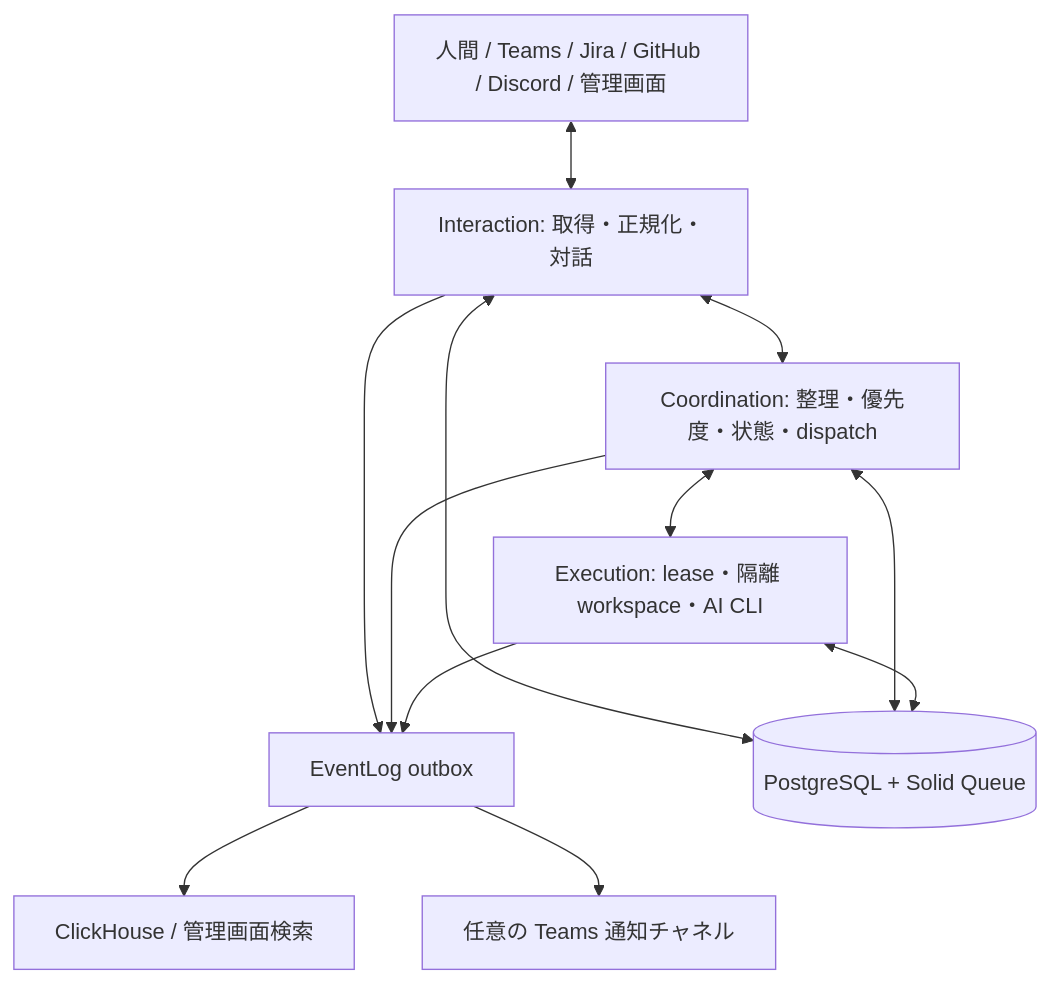
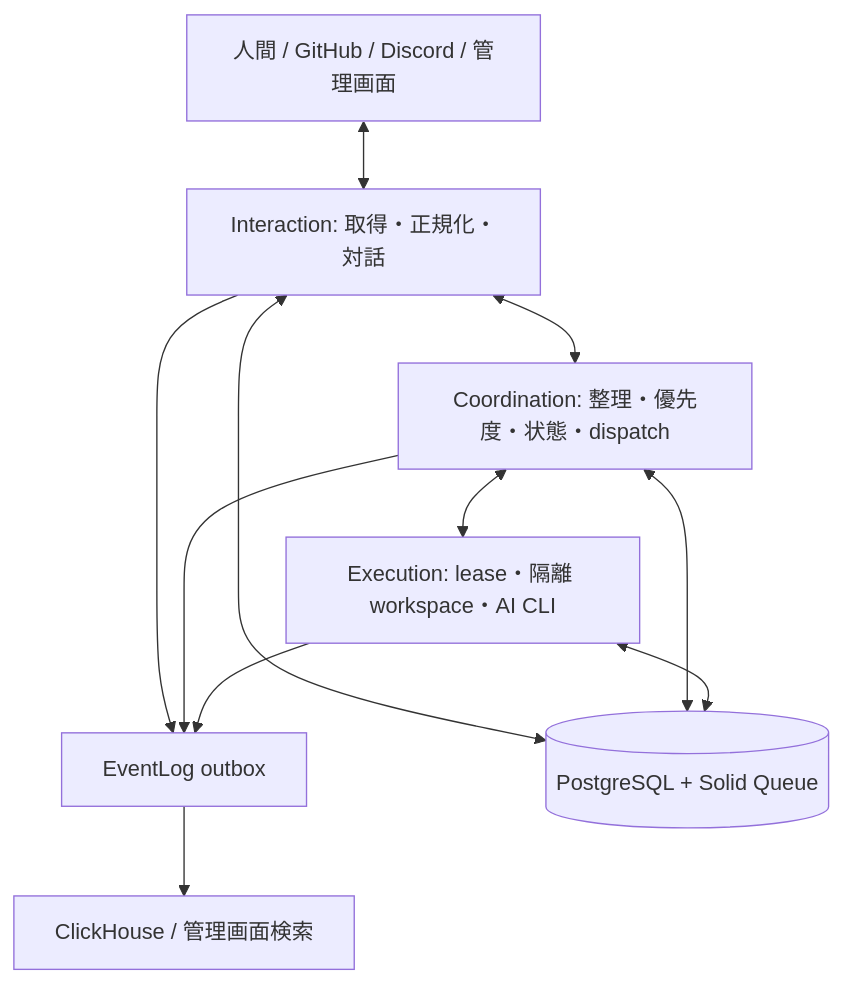
The diagram in docs/architecture.md (YusukeIwaki/aiconshell), drawn with Mermaid before and after one commit. The commit also changed other lines of this file and 148 other files, not shown here.

````diff
--- a/docs/architecture.md
+++ b/docs/architecture.md
@@ -7,14 +7,13 @@
 ```mermaid
 flowchart TB
-  Human[人間 / Teams / Jira / GitHub / Discord / 管理画面] <--> I[Interaction: 取得・正規化・対話]
+  Human[人間 / GitHub / Discord / 管理画面] <--> I[Interaction: 取得・正規化・対話]
   I <--> C[Coordination: 整理・優先度・状態・dispatch]
   C <--> E[Execution: lease・隔離 workspace・AI CLI]
   I --> O[EventLog outbox]
   C --> O
   E --> O
   O --> CH[ClickHouse / 管理画面検索]
-  O --> T[任意の Teams 通知チャネル]
   I <--> DB[(PostgreSQL + Solid Queue)]
   C <--> DB
   E <--> DB
 ```
````
